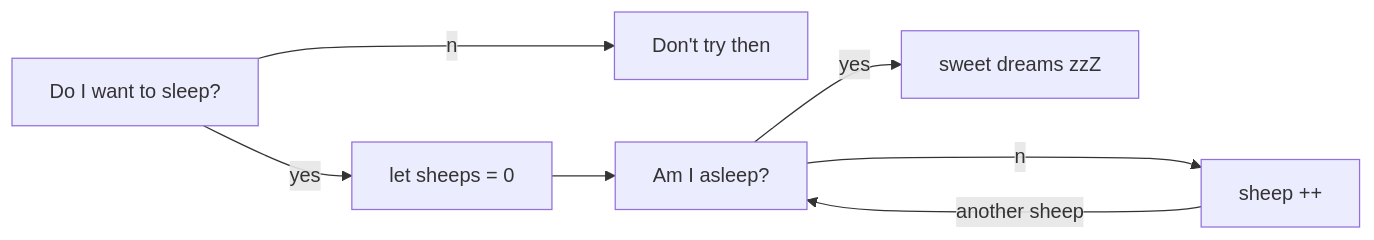
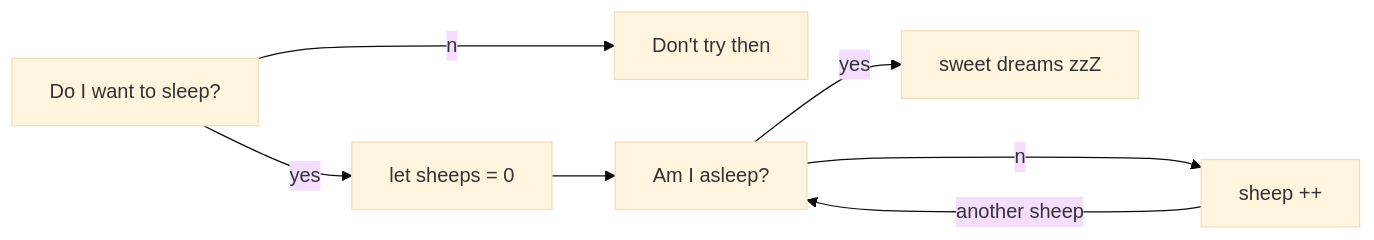
The second of 3 diagrams in README.md (Yelose/Yelose), drawn with Mermaid before and after one commit. The commit also changed other lines of this file, not shown here.

````diff
--- a/README.md
+++ b/README.md
@@ -26,7 +26,8 @@
 ```mermaid
+    %%{init: {'theme':'base'}}%%
 flowchart LR
 id1[Do I want to sleep?]--yes-->id2[let sheeps = 0]
 id1--no-->id3[Don't try then]
 id2-->id4[Am I asleep?]--yes-->id5[sweet dreams zzZ]
 id4--no-->id6[sheep ++]--another sheep-->id4
 ```
````
